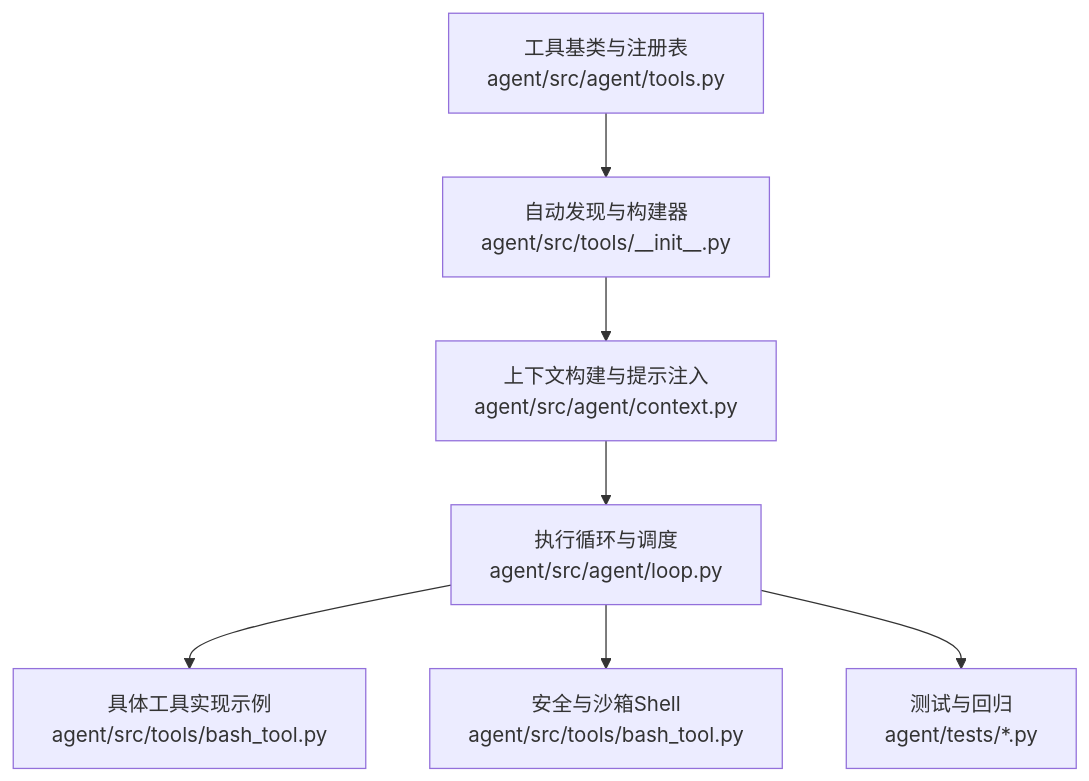
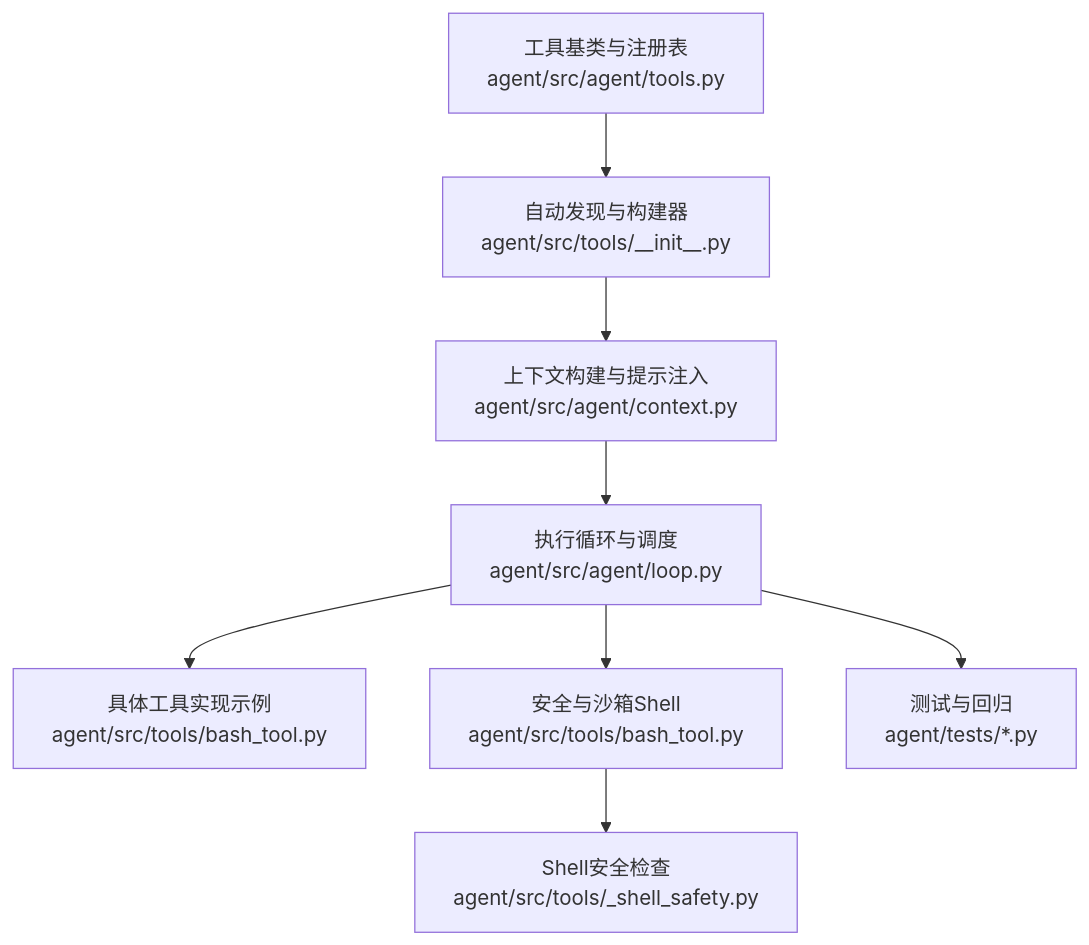
One commit to 20012002er/Vibe-Trading changed the first of 6 diagrams in .qoder/repowiki/zh/content/架构设计/核心组件/工具注册系统/工具注册系统.md. Above: the diagram before and after it, drawn with Mermaid. The commit also changed other lines of this file and 6 other files, not shown here.

````diff
--- a/.qoder/repowiki/zh/content/架构设计/核心组件/工具注册系统/工具注册系统.md
+++ b/.qoder/repowiki/zh/content/架构设计/核心组件/工具注册系统/工具注册系统.md
@@ -38,9 +49,10 @@
 ```mermaid
 graph TB
 A["工具基类与注册表<br/>agent/src/agent/tools.py"] --> B["自动发现与构建器<br/>agent/src/tools/__init__.py"]
 B --> C["上下文构建与提示注入<br/>agent/src/agent/context.py"]
 C --> D["执行循环与调度<br/>agent/src/agent/loop.py"]
 D --> E["具体工具实现示例<br/>agent/src/tools/bash_tool.py"]
 D --> F["安全与沙箱Shell<br/>agent/src/tools/bash_tool.py"]
 D --> G["测试与回归<br/>agent/tests/*.py"]
+F --> H["Shell安全检查<br/>agent/src/tools/_shell_safety.py"]
 ```
````
